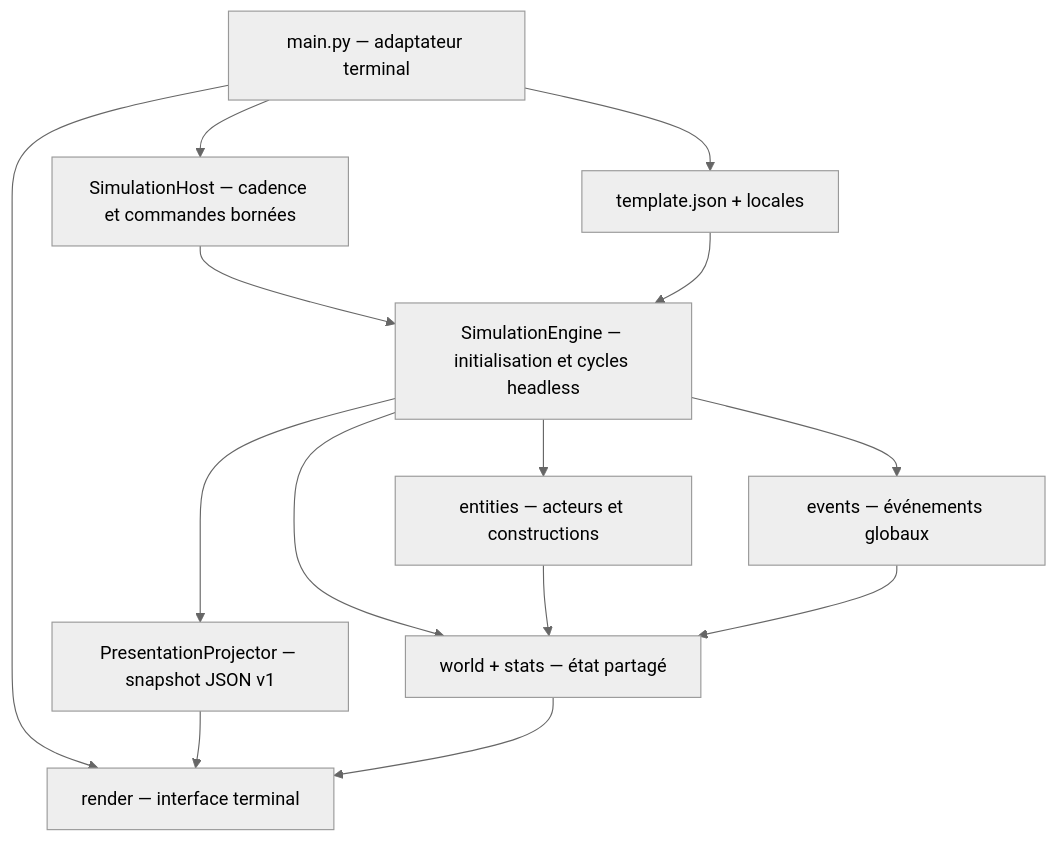
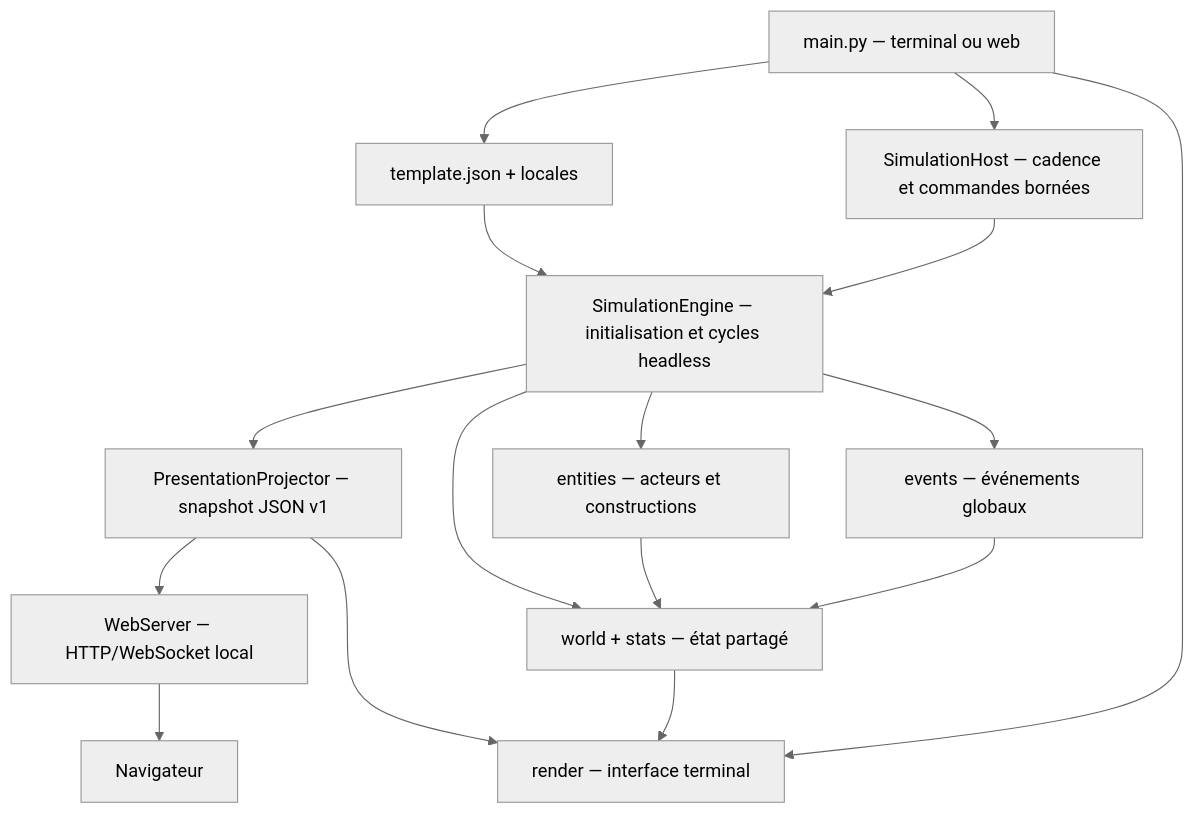
The diagram in REFERENTIEL_PROJET.md (Drwhy/chartographist), drawn with Mermaid (neutral theme) before and after one commit. The commit also changed other lines of this file and 21 other files, not shown here.

````diff
--- a/REFERENTIEL_PROJET.md
+++ b/REFERENTIEL_PROJET.md
@@ -15,16 +15,18 @@
 ```mermaid
 flowchart TD
-    CLI["main.py — adaptateur terminal"] --> CFG["template.json + locales"]
+    CLI["main.py — terminal ou web"] --> CFG["template.json + locales"]
     CLI --> HOST["SimulationHost — cadence et commandes bornées"]
     HOST --> ENGINE["SimulationEngine — initialisation et cycles headless"]
     CFG --> ENGINE
     ENGINE --> PROJECTOR["PresentationProjector — snapshot JSON v1"]
     ENGINE --> WORLD["world + stats — état partagé"]
+    PROJECTOR --> SERVER["WebServer — HTTP/WebSocket local"]
+    SERVER --> BROWSER["Navigateur"]
     ENGINE --> ENT["entities — acteurs et constructions"]
     ENGINE --> EVT["events — événements globaux"]
     ENT --> WORLD
     EVT --> WORLD
     CLI --> UI["render — interface terminal"]
     PROJECTOR --> UI
     WORLD --> UI
 ```
````
